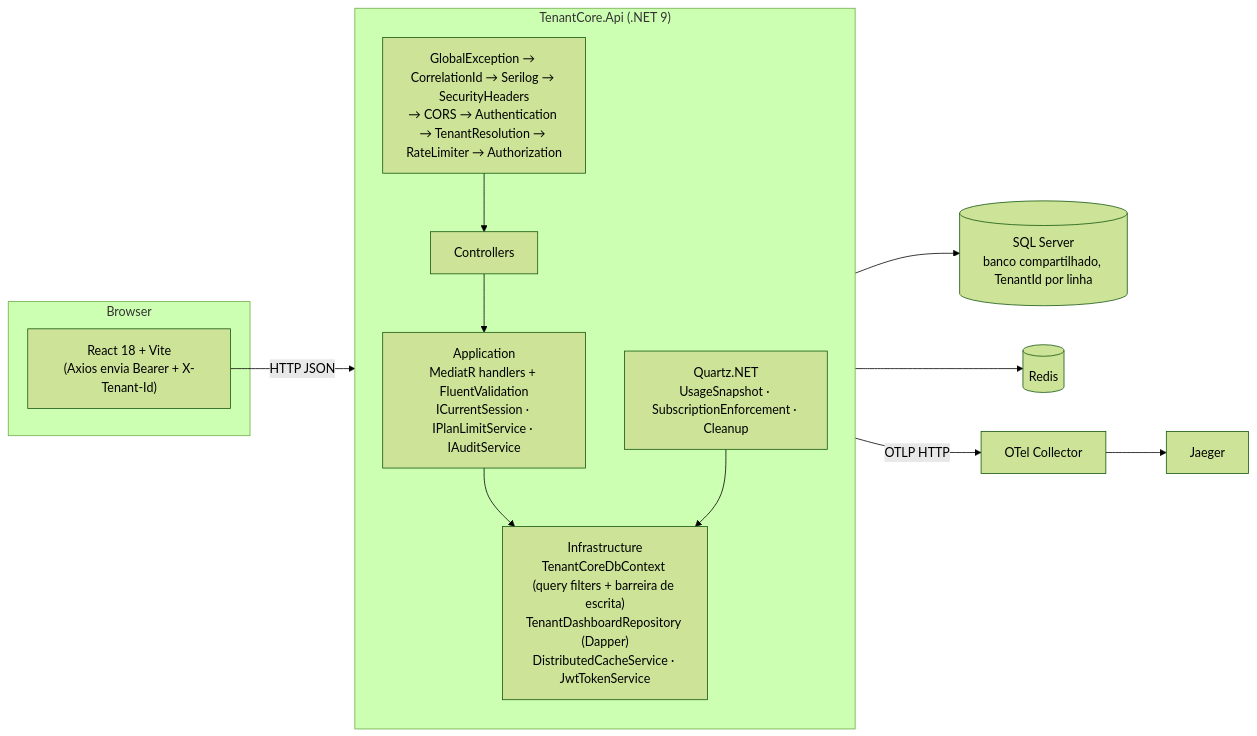
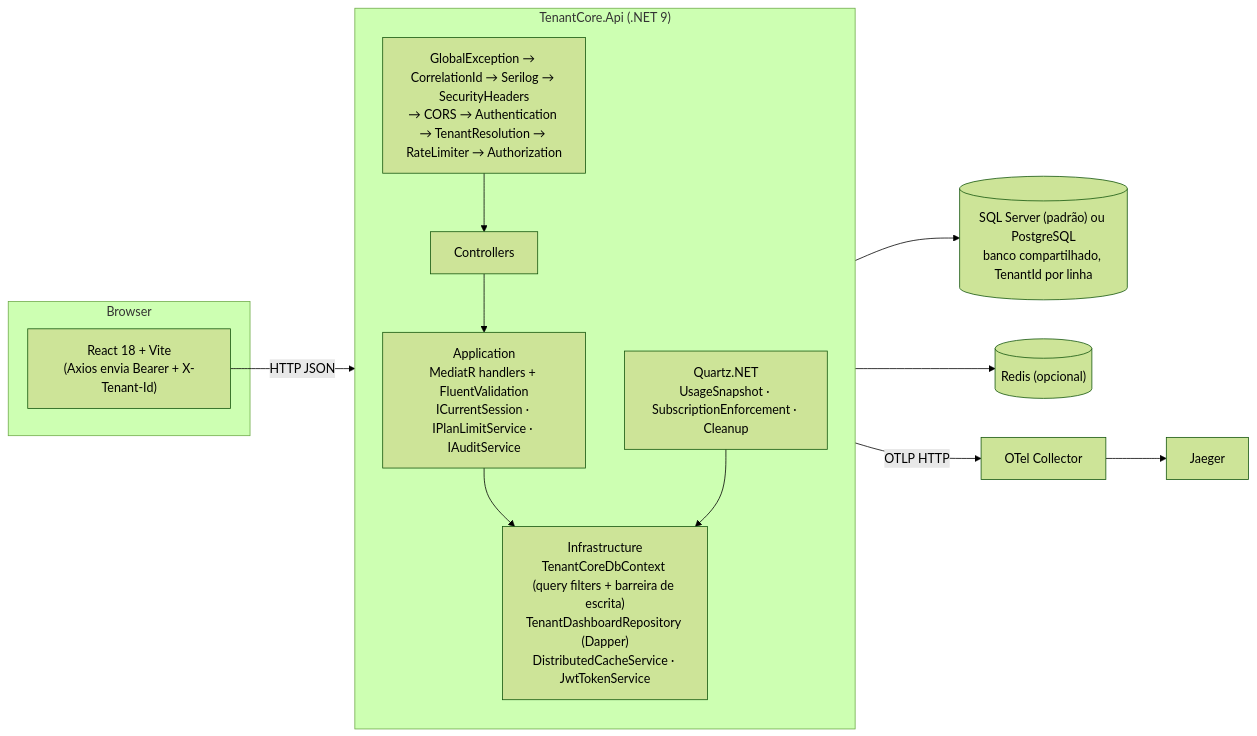
One commit to Lucasantunesribeiro/tenant_core changed the diagram in README.md. Above: the diagram before and after it, drawn with Mermaid (forest theme). The commit also changed other lines of this file and 2 other files, not shown here.

First line of the commit message:
docs: provider de banco, Redis opcional e proposta de deploy gratuito

````diff
--- a/README.md
+++ b/README.md
@@ -27,26 +30,26 @@
 ```mermaid
 flowchart LR
     subgraph Browser
         SPA["React 18 + Vite<br/>(Axios envia Bearer + X-Tenant-Id)"]
     end
 
     subgraph API["TenantCore.Api (.NET 9)"]
         direction TB
         MW["GlobalException → CorrelationId → Serilog → SecurityHeaders<br/>→ CORS → Authentication → TenantResolution → RateLimiter → Authorization"]
         CTRL["Controllers"]
         APP["Application<br/>MediatR handlers + FluentValidation<br/>ICurrentSession · IPlanLimitService · IAuditService"]
         INF["Infrastructure<br/>TenantCoreDbContext (query filters + barreira de escrita)<br/>TenantDashboardRepository (Dapper)<br/>DistributedCacheService · JwtTokenService"]
         JOBS["Quartz.NET<br/>UsageSnapshot · SubscriptionEnforcement · Cleanup"]
         MW --> CTRL --> APP --> INF
         JOBS --> INF
     end
 
-    SQL[("SQL Server<br/>banco compartilhado, TenantId por linha")]
-    REDIS[("Redis")]
+    SQL[("SQL Server (padrão) ou PostgreSQL<br/>banco compartilhado, TenantId por linha")]
+    REDIS[("Redis (opcional)")]
     OTEL["OTel Collector"] --> JAEGER["Jaeger"]
 
     SPA -->|HTTP JSON| MW
     INF --> SQL
     INF --> REDIS
     API -->|OTLP HTTP| OTEL
 ```
````
